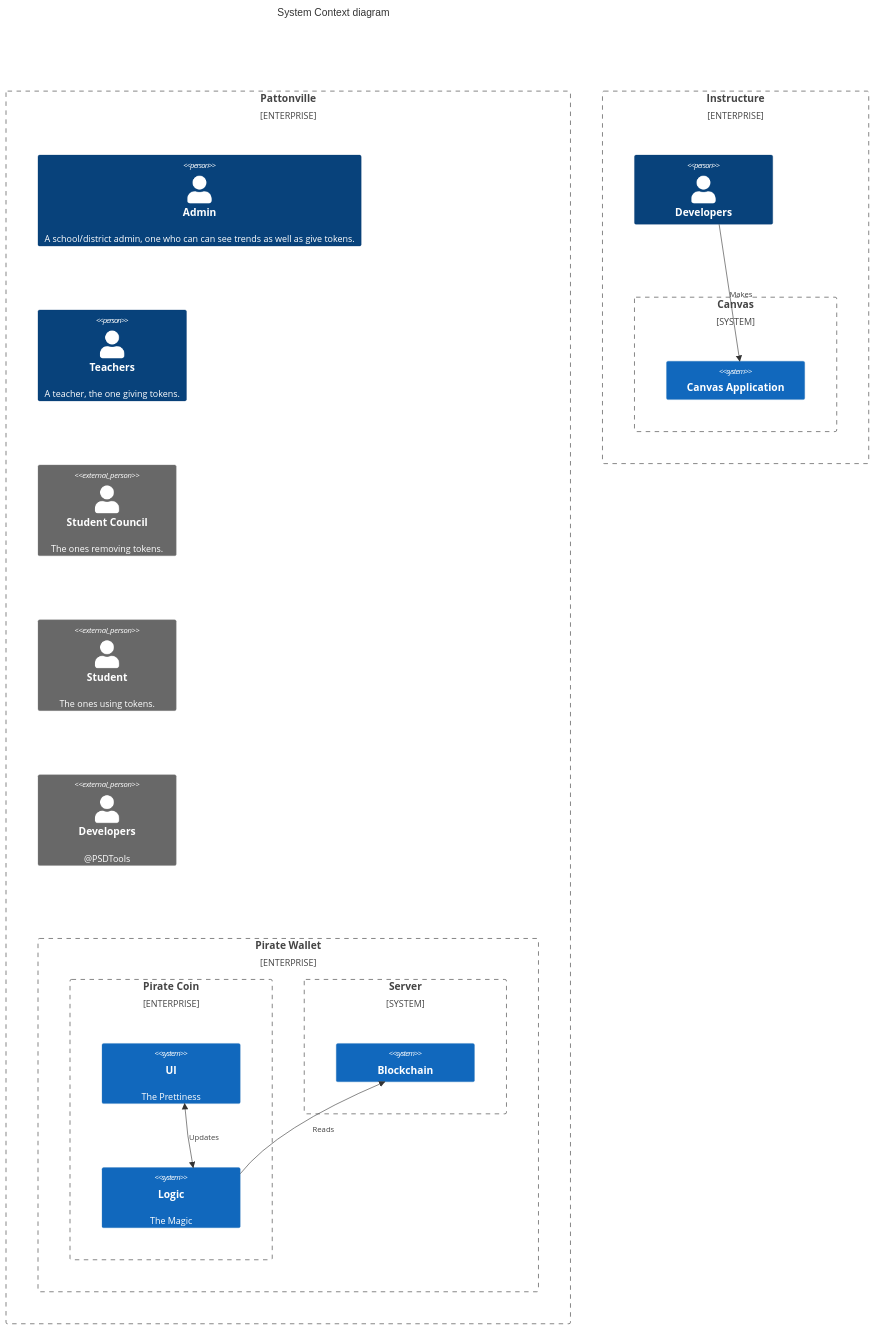
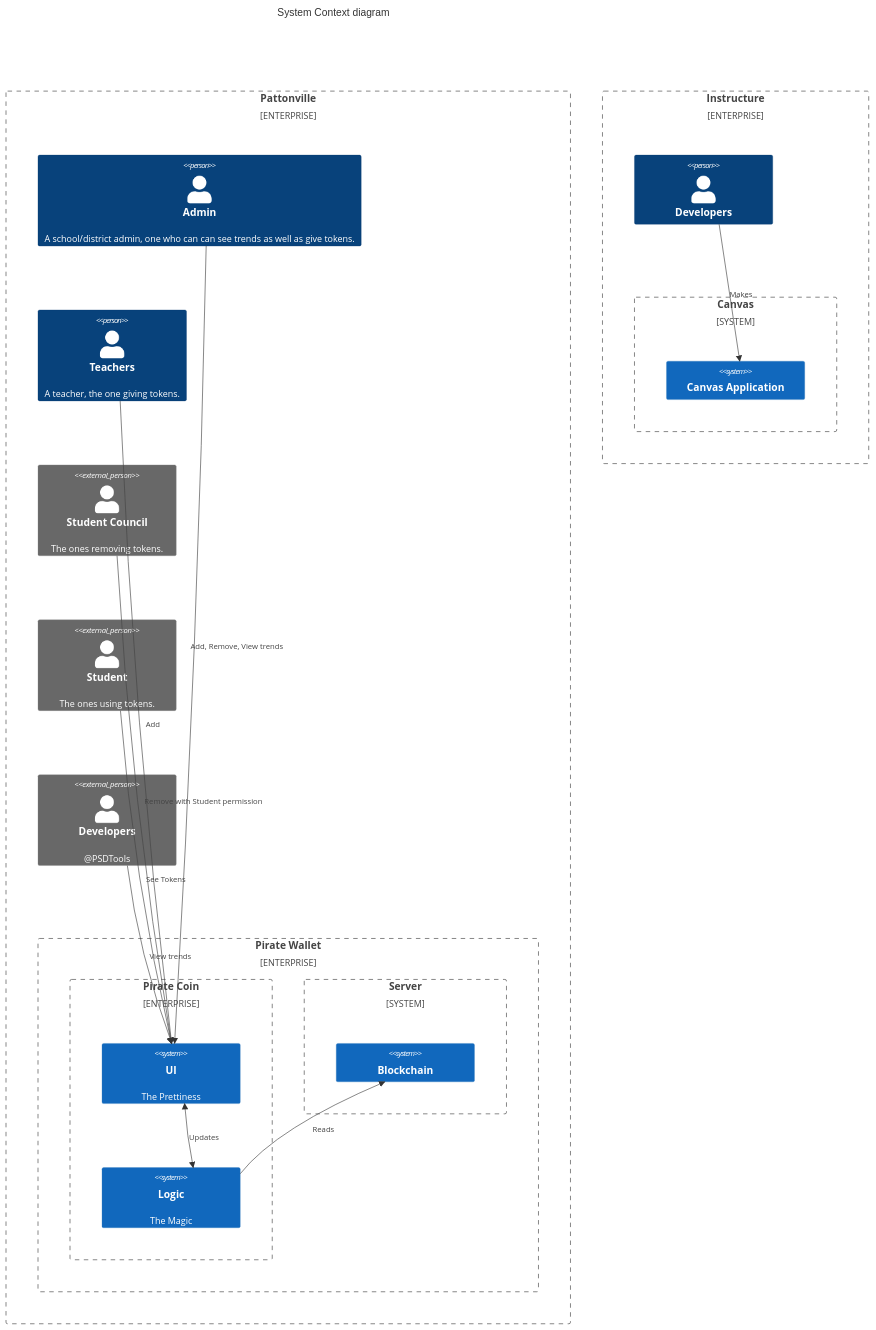
The diagram in README.md (PSDTools/app), drawn with Mermaid before and after one commit.

Commit message:
C4 Arrows

````diff
--- a/README.md
+++ b/README.md
@@ -175,68 +175,76 @@
 ```mermaid
 C4Context
   title System Context diagram
 
   Enterprise_Boundary(b0, "Pattonville") {
     Person(customerA, "Admin", "A school/district admin, one who can can see trends as well as give tokens.")
     Person(customerB, "Teachers", "A teacher, the one giving tokens.")
     Person_Ext(customerC, "Student Council", "The ones removing tokens.")
     Person_Ext(customerD, "Student", "The ones using tokens.")
     Person_Ext(customerE, "Developers", "@PSDTools")
     
     Enterprise_Boundary(b6, "Pirate Wallet") {
       Enterprise_Boundary(b3, "Pirate Coin") {
         System(SystemAA, "UI", "The Prettiness")
         System(SystemAB, "Logic", "The Magic")
       }
       System_Boundary(b2, "Server") {
         System(SystemF, "Blockchain")
       }
     }
     %% System(SystemAA, "Internet Banking System", "Allows customers to view information about their bank accounts, and make payments.")
 
     %% Enterprise_Boundary(b1, "BankBoundary") {
 
       %% SystemDb_Ext(SystemE, "Mainframe Banking System", "Stores all of the core banking information about customers, accounts, transactions, etc.")
 
       %% System_Boundary(b2, "BankBoundary2") {
         %% System(SystemA, "Banking System A")
         %% System(SystemB, "Banking System B", "A system of the bank, with personal bank accounts. next line.")
       %% }
 
       %% System_Ext(SystemC, "E-mail system", "The internal Microsoft Exchange e-mail system.")
       %% SystemDb(SystemD, "Banking System D Database", "A system of the bank, with personal bank accounts.")
 
       %% Boundary(b3, "BankBoundary3", "boundary") {
         %% SystemQueue(SystemF, "Banking System F Queue", "A system of the bank.")
         %% SystemQueue_Ext(SystemG, "Banking System G Queue", "A system of the bank, with personal bank accounts.")
       %% }
     %% }
 
   }
 
 
   Enterprise_Boundary(b4, "Instructure") {
     Person(Instructure, "Developers")
 
     System_Boundary(b5, "Canvas") {
       System(CanvasApp, "Canvas Application")
     }
   }
-
+%% Person(customerB, "Teachers", "A teacher, the one giving tokens.")
+    %%Person_Ext(customerC, "Student Council", "The ones removing tokens.")
+    %%Person_Ext(customerD, "Student", "The ones using tokens.")
+    %%Person_Ext(customerE, "Developers", "@PSDTools")
 
   %% BiRel(customerA, SystemAA, "Uses")
   Rel(Instructure, CanvasApp, "Makes")
   Rel(SystemAB, SystemF, "Reads")
+  Rel(customerA, SystemAA, "Add, Remove, View trends")
+  Rel(customerB, SystemAA, "Add")
+  Rel(customerC, SystemAA, "Remove with Student permission")
+  Rel(customerD, SystemAA, "See Tokens")
+  Rel(customerE, SystemAA, "View trends")
   BiRel(SystemAA, SystemAB, "Updates")
   %% BiRel(SystemAA, SystemE, "Uses")
   %% Rel(SystemAA, SystemC, "Sends e-mails", "SMTP")
   %% Rel(SystemC, customerA, "Sends e-mails to")
 
   %% UpdateElementStyle(customerA, $fontColor="red", $bgColor="grey", $borderColor="red")
   %% UpdateRelStyle(customerA, SystemAA, $textColor="blue", $lineColor="blue", $offsetX="5")
   %% UpdateRelStyle(SystemAA, SystemE, $textColor="blue", $lineColor="blue", $offsetY="-10")
   %% UpdateRelStyle(SystemAA, SystemC, $textColor="blue", $lineColor="blue", $offsetY="-40", $offsetX="-50")
   %% UpdateRelStyle(SystemC, customerA, $textColor="red", $lineColor="red", $offsetX="-50", $offsetY="20")
 
   %% UpdateLayoutConfig($c4ShapeInRow="3", $c4BoundaryInRow="1")
 ```
````
